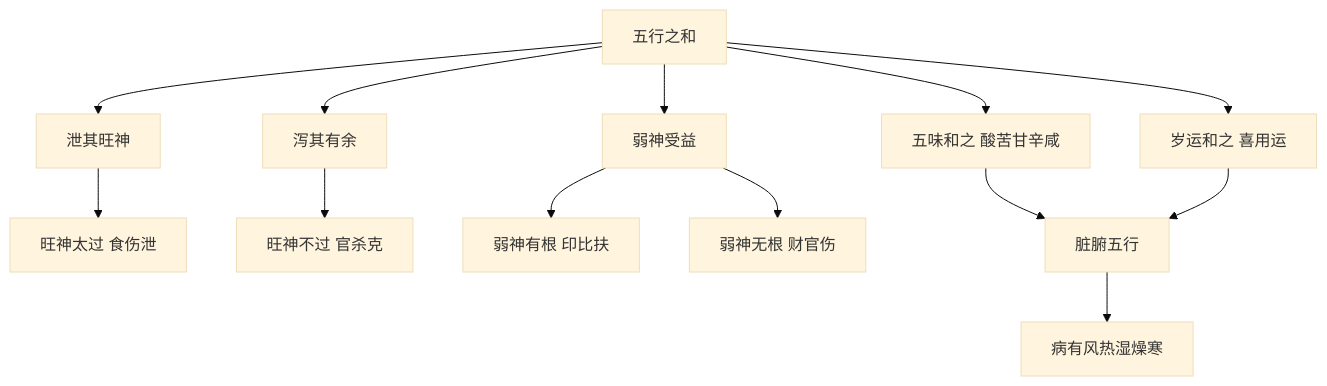
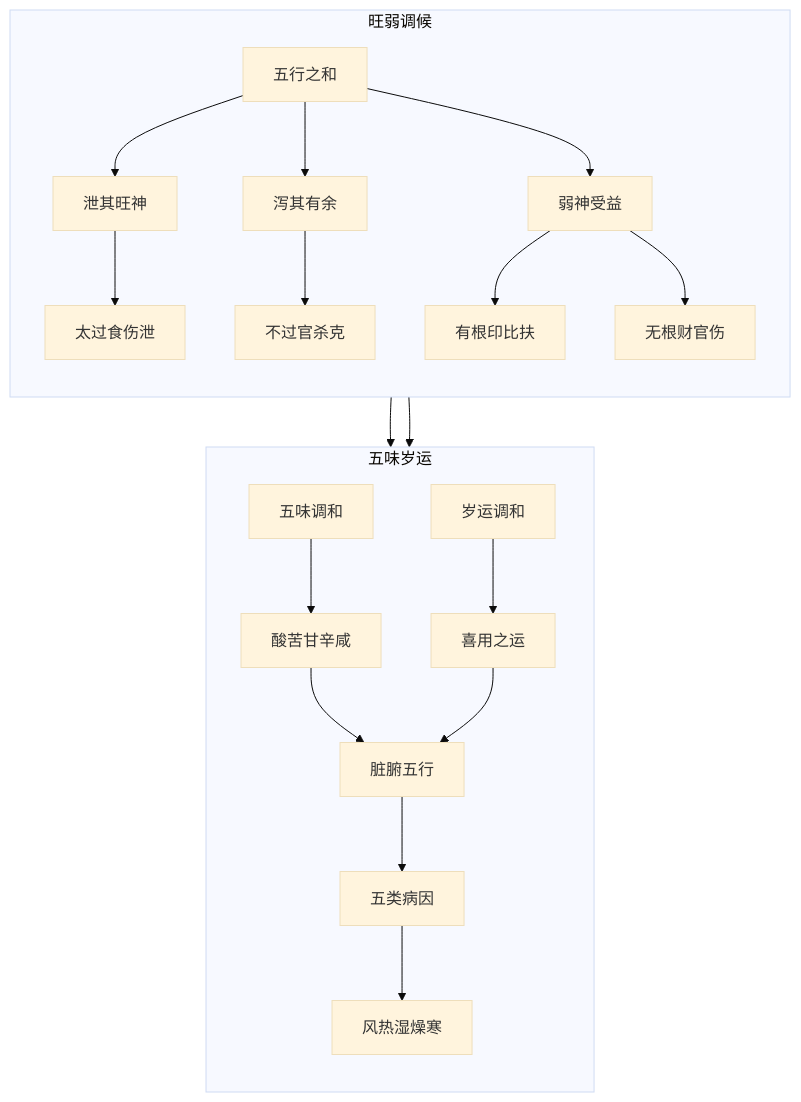
One commit to Banny-Gao/mingli-research changed the diagram in books/滴天髓阐微/articles/疾病/interpretation.md. Above: the diagram before and after it, drawn with Mermaid (base theme). The commit also changed 41 other files, not shown here.

````diff
--- a/books/滴天髓阐微/articles/疾病/interpretation.md
+++ b/books/滴天髓阐微/articles/疾病/interpretation.md
@@ -33,15 +33,27 @@
 ```mermaid
-graph TD
-    A[五行之和] --> B[泄其旺神]
-    A --> C[泻其有余]
-    A --> D[弱神受益]
-    B --> E[旺神太过 食伤泄]
-    C --> F[旺神不过 官杀克]
-    D --> G[弱神有根 印比扶]
-    D --> H[弱神无根 财官伤]
-    A --> I[五味和之 酸苦甘辛咸]
-    A --> J[岁运和之 喜用运]
-    I --> K[脏腑五行]
-    J --> K
-    K --> L[病有风热湿燥寒]
+flowchart TD
+    A[五行之和]
+
+    subgraph ADJUST["旺弱调候"]
+        direction TD
+        A --> B[泄其旺神]
+        A --> C[泻其有余]
+        A --> D[弱神受益]
+        B --> E[太过食伤泄]
+        C --> F[不过官杀克]
+        D --> G[有根印比扶]
+        D --> H[无根财官伤]
+    end
+
+    subgraph ANALOGY["五味岁运"]
+        direction TD
+        A --> I[五味调和]
+        I --> I1[酸苦甘辛咸]
+        A --> J[岁运调和]
+        J --> J1[喜用之运]
+        I1 --> K[脏腑五行]
+        J1 --> K
+        K --> L[五类病因]
+        L --> L1[风热湿燥寒]
+    end
 ```
````
